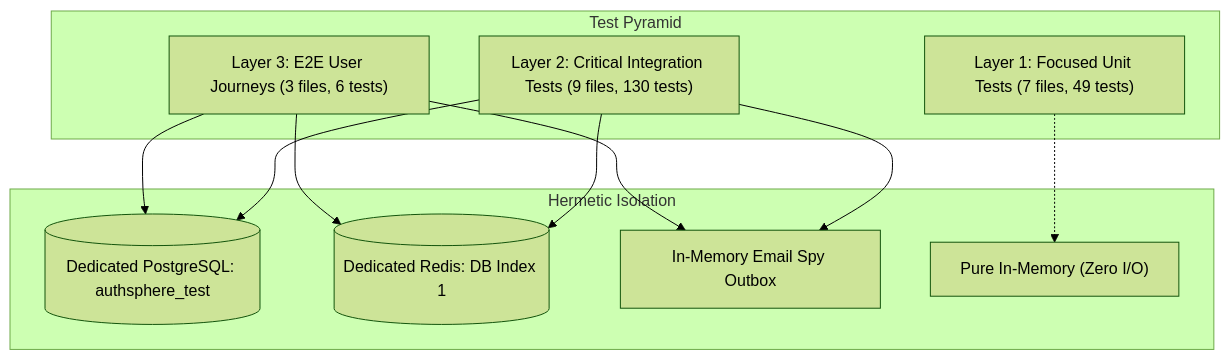
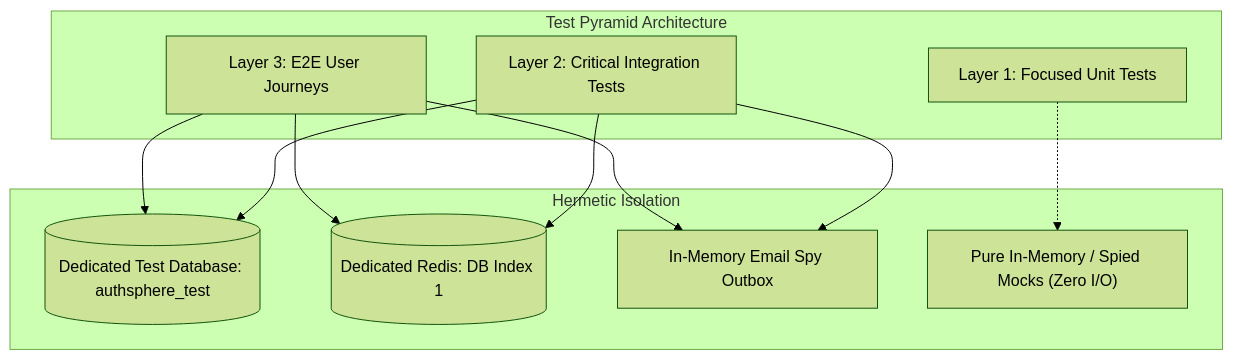
The ninth of 9 diagrams in docs/ARCHITECTURE.md (utkarshj014/authsphere), drawn with Mermaid (forest theme) before and after one commit. The commit also changed other lines of this file and 6 other files, not shown here.

````diff
--- a/docs/ARCHITECTURE.md
+++ b/docs/ARCHITECTURE.md
@@ -614,15 +660,23 @@
 ```mermaid
 graph TD
-    subgraph TP ["Test Pyramid"]
-        E2E["Layer 3: E2E User Journeys (3 files, 6 tests)"]
-        INT["Layer 2: Critical Integration Tests (9 files, 130 tests)"]
-        UNIT["Layer 1: Focused Unit Tests (7 files, 49 tests)"]
+    subgraph TP ["Test Pyramid Architecture"]
+        E2E["Layer 3: E2E User Journeys"]
+        INT["Layer 2: Critical Integration Tests"]
+        UNIT["Layer 1: Focused Unit Tests"]
     end
 
     subgraph HI ["Hermetic Isolation"]
-        E2E & INT --> TestDB[("Dedicated PostgreSQL: authsphere_test")]
-        E2E & INT --> TestRedis[("Dedicated Redis: DB Index 1")]
-        E2E & INT --> EmailSpy["In-Memory Email Spy Outbox"]
-        UNIT -.-> PureMemory["Pure In-Memory (Zero I/O)"]
+        TestDB[("Dedicated Test Database: authsphere_test")]
+        TestRedis[("Dedicated Redis: DB Index 1")]
+        EmailSpy["In-Memory Email Spy Outbox"]
+        PureMemory["Pure In-Memory / Spied Mocks (Zero I/O)"]
+
+        E2E --> TestDB
+        INT --> TestDB
+        E2E --> TestRedis
+        INT --> TestRedis
+        E2E --> EmailSpy
+        INT --> EmailSpy
+        UNIT -.-> PureMemory
     end
 ```
````
